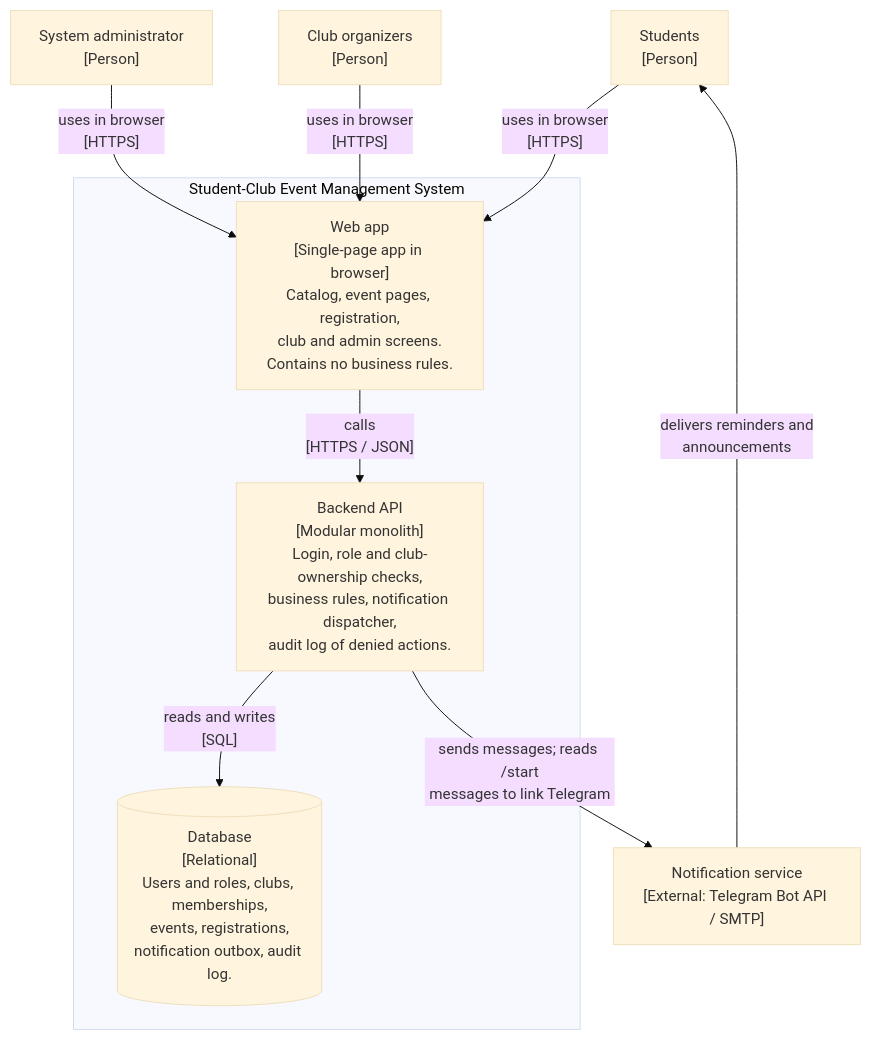
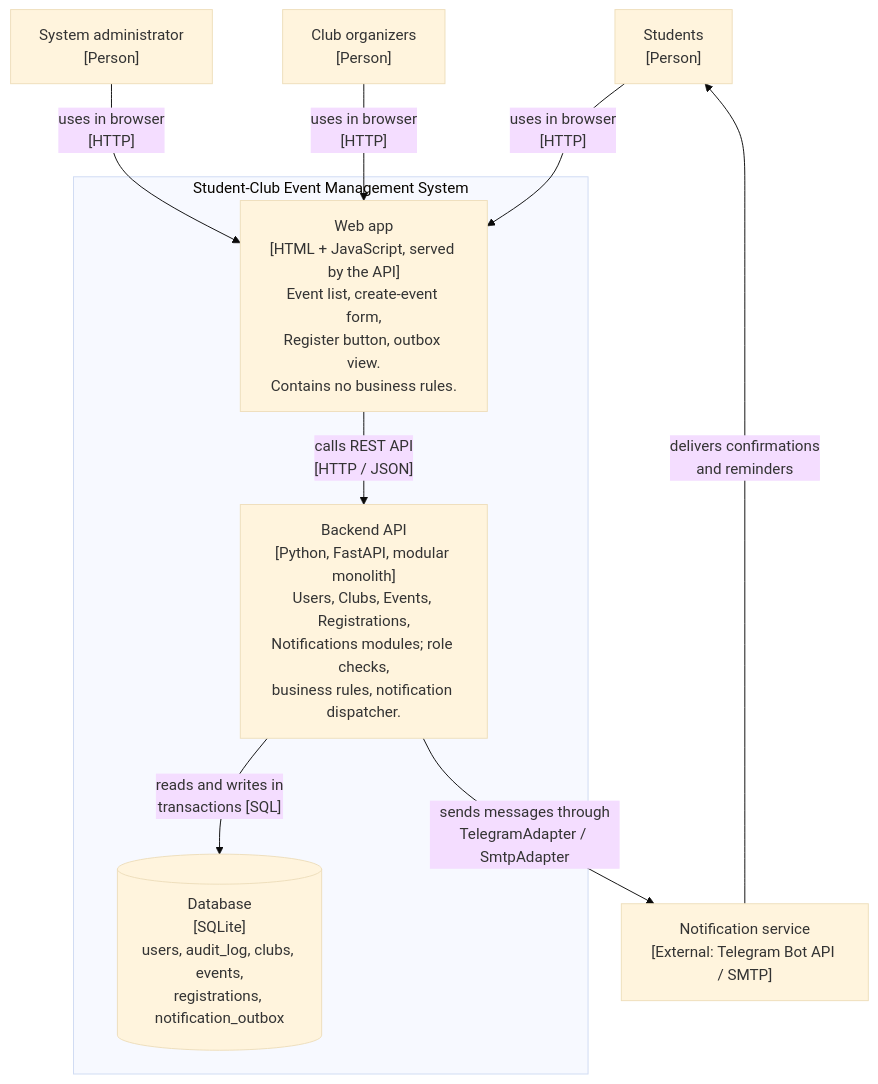
The diagram in docs/architecture/container-diagram.md (02dastan/club-event-system), drawn with Mermaid (base theme) before and after one commit. The commit also changed other lines of this file and 35 other files, not shown here.

Commit message:
Milestone 3: working prototype, tests, updated diagrams and ADRs

````diff
--- a/docs/architecture/container-diagram.md
+++ b/docs/architecture/container-diagram.md
@@ -3,22 +3,22 @@
 ```mermaid
 flowchart TB
     S["Students<br/>[Person]"]
     O["Club organizers<br/>[Person]"]
     A["System administrator<br/>[Person]"]
 
     subgraph SYS["Student-Club Event Management System"]
-        WEB["Web app<br/>[Single-page app in browser]<br/>Catalog, event pages, registration,<br/>club and admin screens.<br/>Contains no business rules."]
-        API["Backend API<br/>[Modular monolith]<br/>Login, role and club-ownership checks,<br/>business rules, notification dispatcher,<br/>audit log of denied actions."]
-        DB[("Database<br/>[Relational]<br/>Users and roles, clubs, memberships,<br/>events, registrations,<br/>notification outbox, audit log.")]
+        WEB["Web app<br/>[HTML + JavaScript, served by the API]<br/>Event list, create-event form,<br/>Register button, outbox view.<br/>Contains no business rules."]
+        API["Backend API<br/>[Python, FastAPI, modular monolith]<br/>Users, Clubs, Events, Registrations,<br/>Notifications modules; role checks,<br/>business rules, notification dispatcher."]
+        DB[("Database<br/>[SQLite]<br/>users, audit_log, clubs, events,<br/>registrations, notification_outbox")]
     end
 
     N["Notification service<br/>[External: Telegram Bot API / SMTP]"]
 
-    S -- "uses in browser<br/>[HTTPS]" --> WEB
-    O -- "uses in browser<br/>[HTTPS]" --> WEB
-    A -- "uses in browser<br/>[HTTPS]" --> WEB
-    WEB -- "calls<br/>[HTTPS / JSON]" --> API
-    API -- "reads and writes<br/>[SQL]" --> DB
-    API -- "sends messages; reads /start<br/>messages to link Telegram" --> N
-    N -- "delivers reminders and<br/>announcements" --> S
+    S -- "uses in browser<br/>[HTTP]" --> WEB
+    O -- "uses in browser<br/>[HTTP]" --> WEB
+    A -- "uses in browser<br/>[HTTP]" --> WEB
+    WEB -- "calls REST API<br/>[HTTP / JSON]" --> API
+    API -- "reads and writes in<br/>transactions [SQL]" --> DB
+    API -- "sends messages through<br/>TelegramAdapter / SmtpAdapter" --> N
+    N -- "delivers confirmations<br/>and reminders" --> S
 ```
````
